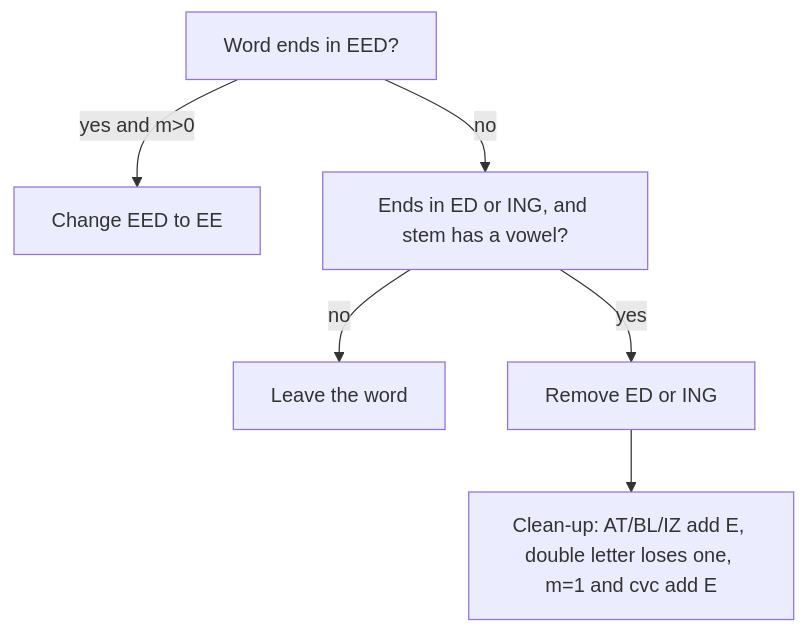
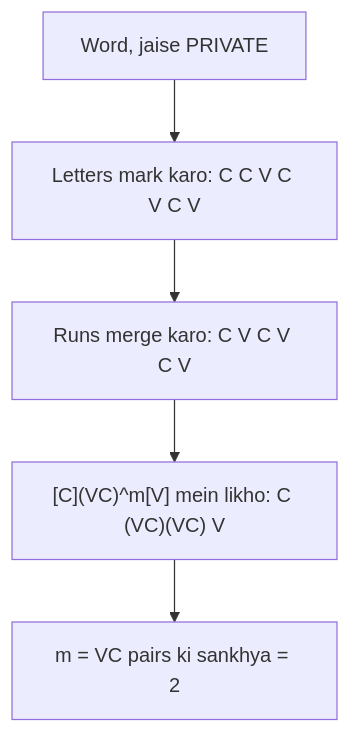
One commit to TrendySloth1001/sem-seven-notes changed the second of 3 diagrams in content/natural-language-processing/notes/porter-stemmer.hi.mdx. Above: the diagram before and after it, drawn with Mermaid. The commit also changed other lines of this file and 406 other files, not shown here.

````diff
--- a/content/natural-language-processing/notes/porter-stemmer.hi.mdx
+++ b/content/natural-language-processing/notes/porter-stemmer.hi.mdx
@@ -221,9 +96,8 @@
 ```mermaid
-%% caption: Step 1b decision flow ke roop mein. Pehle EED rule check hota hai. ED aur ING rules ko bachi hui cheez mein vowel chahiye, aur jab ye chalte hain to clean-up rules stem ko theek karte hain.
+%% caption: Word ka measure m nikaalna. Har letter mark karo, runs merge karo, phir V-ke-baad-C pairs gino.
 flowchart TD
-  A["Word ends in EED?"] -->|"yes and m>0"| B["Change EED to EE"]
-  A -->|"no"| C["Ends in ED or ING, and stem has a vowel?"]
-  C -->|"no"| F["Leave the word"]
-  C -->|"yes"| D["Remove ED or ING"]
-  D --> E["Clean-up: AT/BL/IZ add E, double letter loses one, m=1 and cvc add E"]
+  A["Word, jaise PRIVATE"] --> B["Letters mark karo: C C V C V C V"]
+  B --> C["Runs merge karo: C V C V C V"]
+  C --> D["[C](VC)^m[V] mein likho: C (VC)(VC) V"]
+  D --> E["m = VC pairs ki sankhya = 2"]
 ```
````
